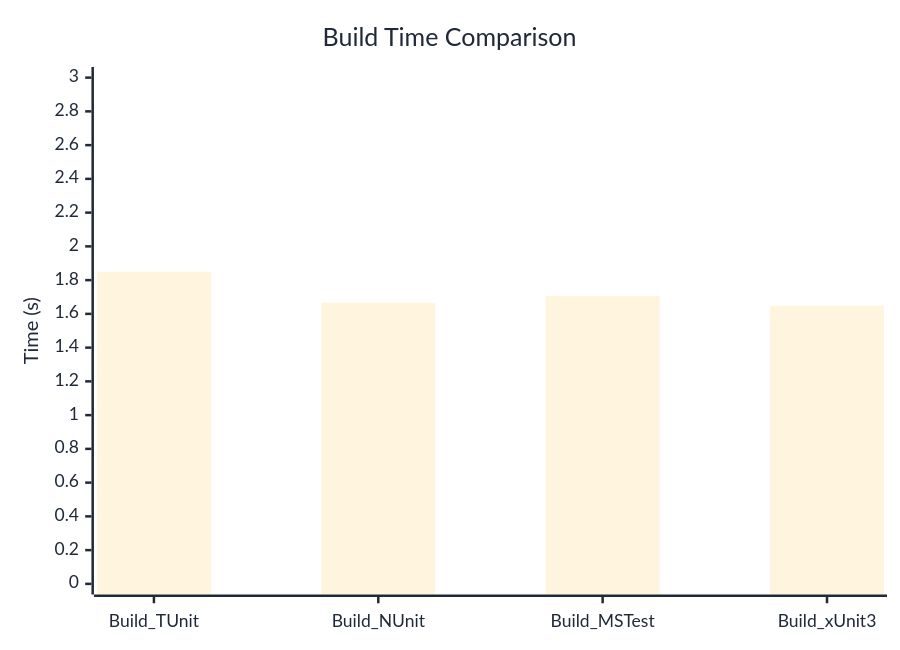
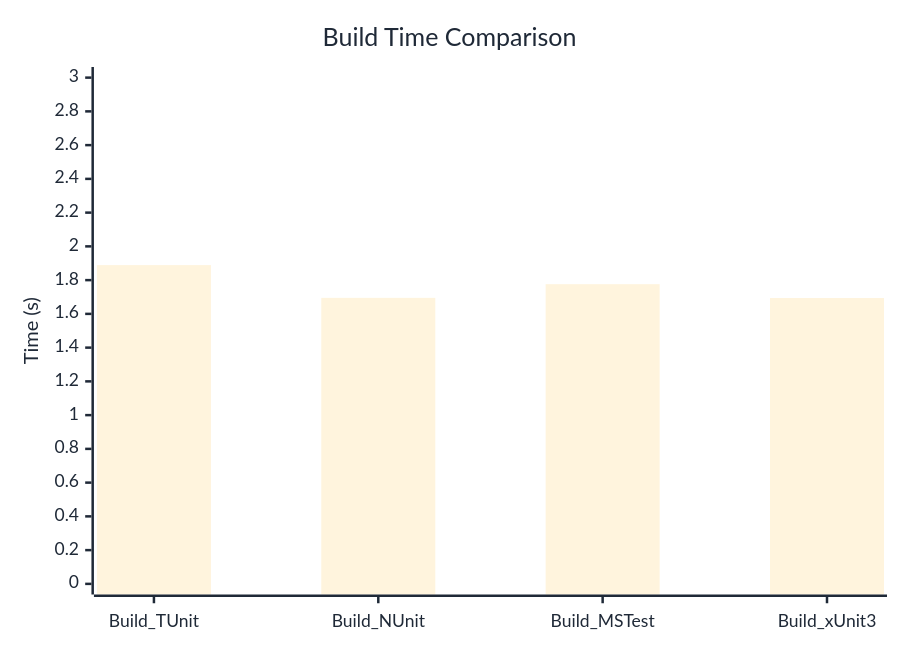
One commit to thomhurst/TUnit changed the diagram in docs/docs/benchmarks/BuildTime.md. Above: the diagram before and after it, drawn with Mermaid. The commit also changed other lines of this file and 17 other files, not shown here.

````diff
--- a/docs/docs/benchmarks/BuildTime.md
+++ b/docs/docs/benchmarks/BuildTime.md
@@ -28,37 +28,37 @@
 ```mermaid
 %%{init: {
   'theme':'base',
   'themeVariables': {
     'primaryColor': '#2563eb',
     'primaryTextColor': '#1f2937',
     'primaryBorderColor': '#1e40af',
     'lineColor': '#6b7280',
     'secondaryColor': '#7c3aed',
     'tertiaryColor': '#dc2626',
     'background': '#ffffff',
     'mainBkg': '#2563eb',
     'secondBkg': '#7c3aed',
     'tertiaryBkg': '#dc2626',
     'clusterBkg': '#f3f4f6',
     'edgeLabelBackground': '#ffffff',
     'tertiaryTextColor': '#1f2937',
     'pie1': '#2563eb',
     'pie2': '#7c3aed',
     'pie3': '#dc2626',
     'pie4': '#f59e0b',
     'pie5': '#10b981',
     'pie6': '#06b6d4',
     'pie7': '#ec4899',
     'pie8': '#6366f1',
     'pie9': '#84cc16',
     'pie10': '#f97316',
     'pie11': '#14b8a6',
     'pie12': '#a855f7'
   }
 }}%%
 xychart-beta
   title "Build Time Comparison"
   x-axis ["Build_TUnit", "Build_NUnit", "Build_MSTest", "Build_xUnit3"]
   y-axis "Time (s)" 0 --> 3
-  bar [1.85, 1.666, 1.705, 1.648]
+  bar [1.889, 1.695, 1.776, 1.694]
 ```
````
